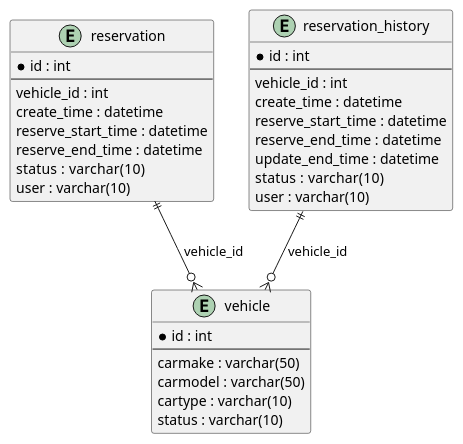
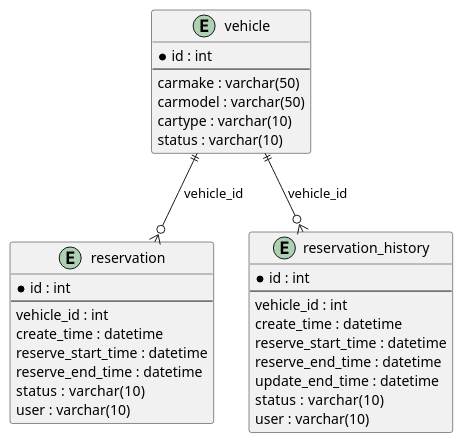
The diagram in domain.puml (v-tadipatri/carrental-uml), drawn with PlantUML before and after one commit.

```diff
--- a/domain.puml
+++ b/domain.puml
@@ -1,38 +1,38 @@
 @startuml
 
 entity "vehicle" {
   *id : int
   --
   carmake : varchar(50)
   carmodel : varchar(50)
   cartype : varchar(10)
   status : varchar(10)
 }
 
 entity "reservation" {
   *id : int
   --
   vehicle_id : int
   create_time : datetime
   reserve_start_time : datetime
   reserve_end_time : datetime
   status :  varchar(10)
   user : varchar(10)
 }
 
 entity "reservation_history" {
   *id : int
   --
   vehicle_id : int
   create_time : datetime
   reserve_start_time : datetime
   reserve_end_time : datetime
   update_end_time : datetime
   status :  varchar(10)
   user : varchar(10)
 }
 
-reservation ||--o{ vehicle : vehicle_id
-reservation_history ||--o{ vehicle : vehicle_id
+vehicle ||--o{ reservation : vehicle_id
+vehicle ||--o{ reservation_history : vehicle_id
 
 @enduml
```
